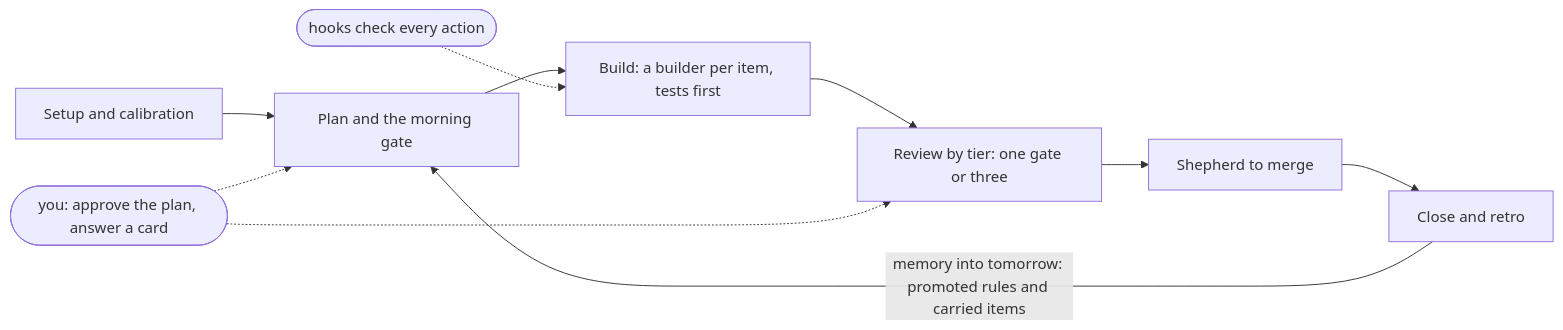
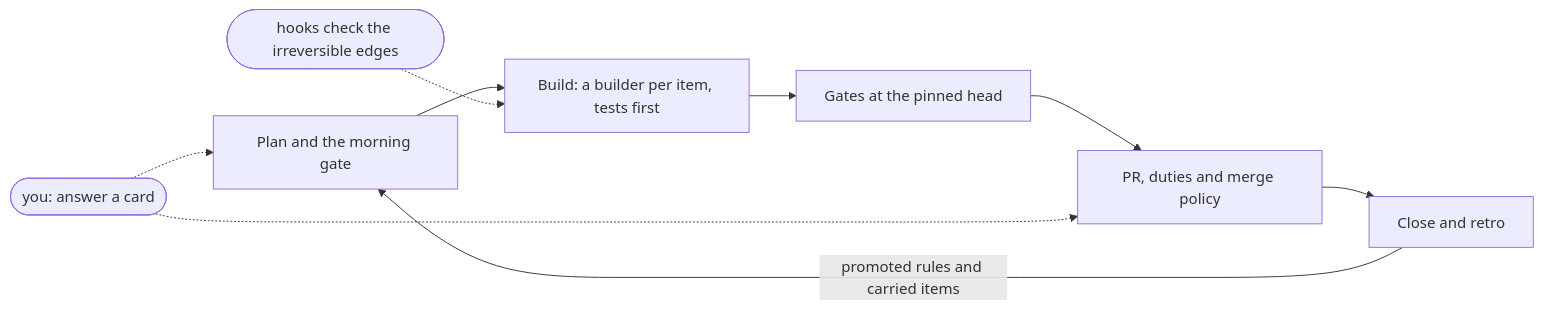
Before and after one commit to taoq-ai/wuwei: the diagram in README.md, drawn with Mermaid. The commit also changed other lines of this file and 136 other files, not shown here.

````diff
--- a/README.md
+++ b/README.md
@@ -58,8 +28,8 @@
 ```mermaid
 flowchart LR
-    setup["Setup and calibration"] --> plan["Plan and the morning gate"] --> build["Build: a builder per item, tests first"]
-    build --> review["Review by tier: one gate or three"] --> merge["Shepherd to merge"] --> close["Close and retro"]
-    close -- "memory into tomorrow: promoted rules and carried items" --> plan
-    you(["you: approve the plan, answer a card"]) -.-> plan & review
-    hooks(["hooks check every action"]) -.-> build
+    plan["Plan and the morning gate"] --> build["Build: a builder per item, tests first"]
+    build --> review["Gates at the pinned head"] --> pr["PR, duties and merge policy"] --> close["Close and retro"]
+    close -- "promoted rules and carried items" --> plan
+    you(["you: answer a card"]) -.-> plan & pr
+    hooks(["hooks check the irreversible edges"]) -.-> build
 ```
````
